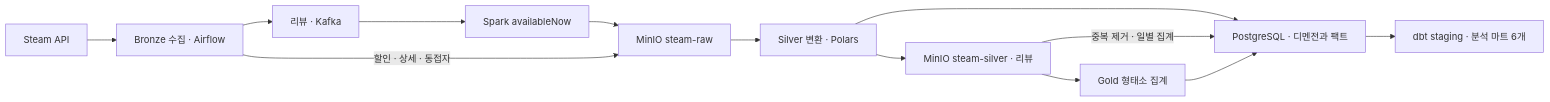
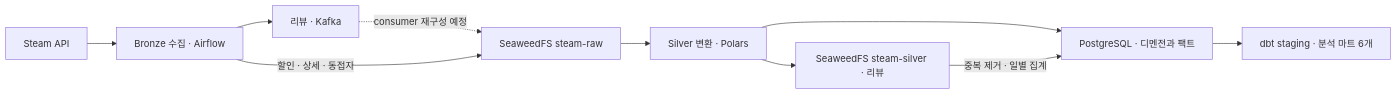
One commit to zhfem05-star/steam_analysis changed the diagram in README.md. Above: the diagram before and after it, drawn with Mermaid. The commit also changed other lines of this file and 38 other files, not shown here.

First line of the commit message:
refactor: 형태소·Spark 제거 및 MinIO를 SeaweedFS로 교체

````diff
--- a/README.md
+++ b/README.md
@@ -19,15 +24,12 @@
 ```mermaid
 flowchart LR
     API[Steam API] --> B[Bronze 수집 · Airflow]
     B --> K[리뷰 · Kafka]
-    K --> SP[Spark availableNow]
-    SP --> RAW[MinIO steam-raw]
+    K -.->|consumer 재구성 예정| RAW[SeaweedFS steam-raw]
     B -->|할인 · 상세 · 동접자| RAW
     RAW --> S[Silver 변환 · Polars]
-    S --> SR[MinIO steam-silver · 리뷰]
+    S --> SR[SeaweedFS steam-silver · 리뷰]
     S --> DB[PostgreSQL · 디멘전과 팩트]
     SR -->|중복 제거 · 일별 집계| DB
-    SR --> G[Gold 형태소 집계]
-    G --> DB
     DB --> M[dbt staging · 분석 마트 6개]
 ```
````
